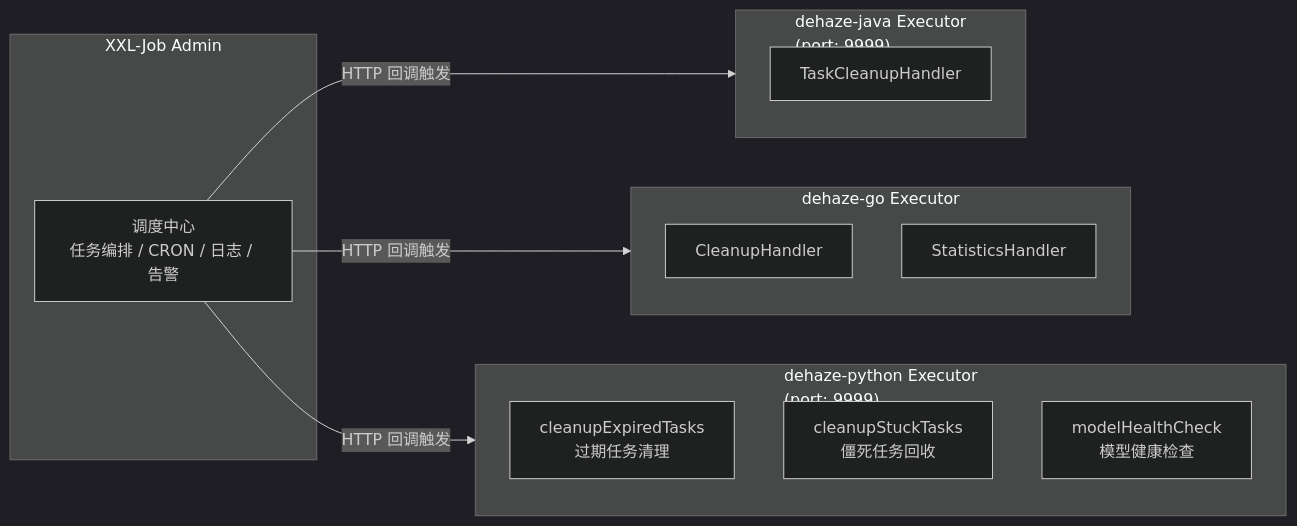
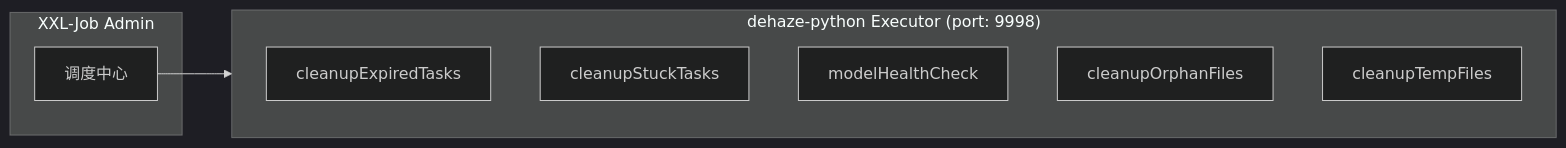
The eighth of 10 diagrams in dehaze-doc/docs/04-项目实现/后端/03-Python算法服务架构文档.md (earthy-zinc/dehaze-system), drawn with Mermaid (dark theme) before and after one commit. The commit also changed other lines of this file and 755 other files, not shown here.

````diff
--- a/dehaze-doc/docs/04-项目实现/后端/03-Python算法服务架构文档.md
+++ b/dehaze-doc/docs/04-项目实现/后端/03-Python算法服务架构文档.md
@@ -939,25 +380,16 @@
 ```mermaid
 flowchart LR
     subgraph XXLJob["XXL-Job Admin"]
-        Scheduler["调度中心<br/>任务编排 / CRON / 日志 / 告警"]
+        Scheduler["调度中心"]
     end
 
-    subgraph JavaExecutor["dehaze-java Executor<br/>(port: 9999)"]
-        J1["TaskCleanupHandler"]
+    subgraph PythonExecutor["dehaze-python Executor (port: 9998)"]
+        P1["cleanupExpiredTasks"]
+        P2["cleanupStuckTasks"]
+        P3["modelHealthCheck"]
+        P4["cleanupOrphanFiles"]
+        P5["cleanupTempFiles"]
     end
 
-    subgraph GoExecutor["dehaze-go Executor"]
-        G1["CleanupHandler"]
-        G2["StatisticsHandler"]
-    end
-
-    subgraph PythonExecutor["dehaze-python Executor<br/>(port: 9999)"]
-        P1["cleanupExpiredTasks<br/>过期任务清理"]
-        P2["cleanupStuckTasks<br/>僵死任务回收"]
-        P3["modelHealthCheck<br/>模型健康检查"]
-    end
-
-    Scheduler -->|"HTTP 回调触发"| JavaExecutor
-    Scheduler -->|"HTTP 回调触发"| GoExecutor
-    Scheduler -->|"HTTP 回调触发"| PythonExecutor
+    Scheduler --> PythonExecutor
 ```
````
